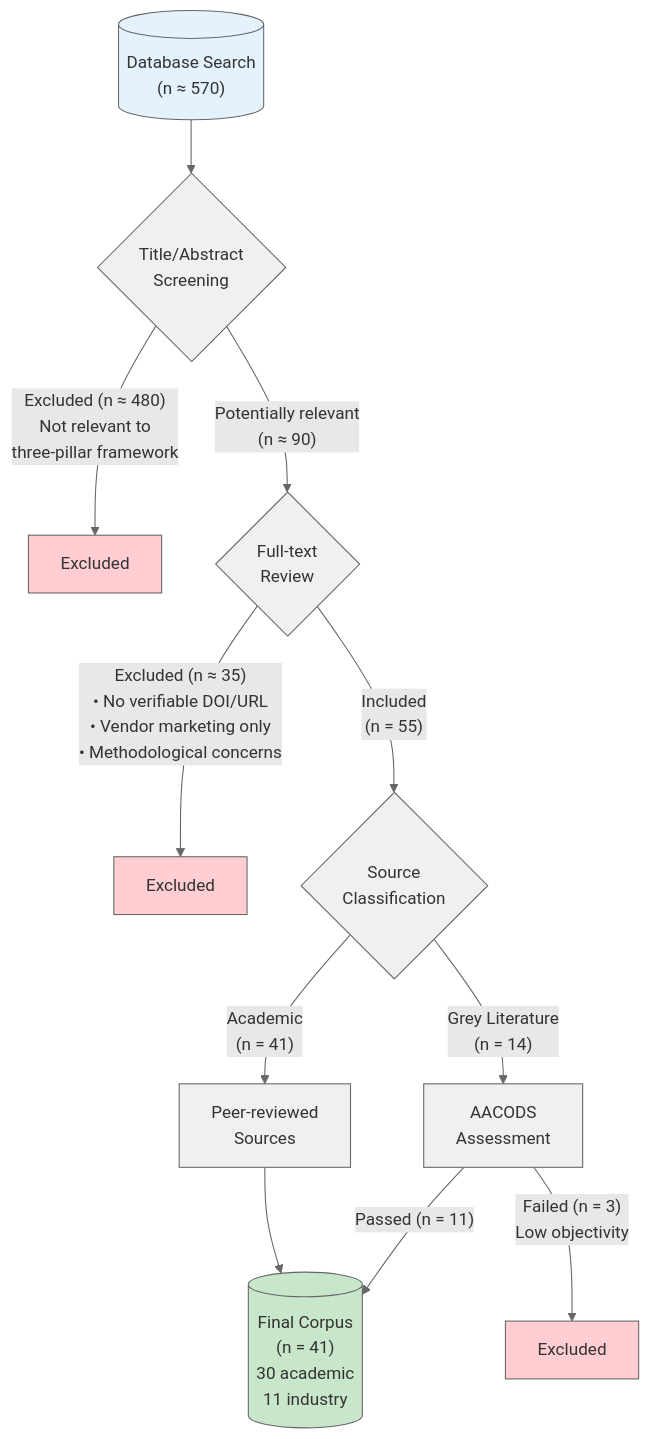
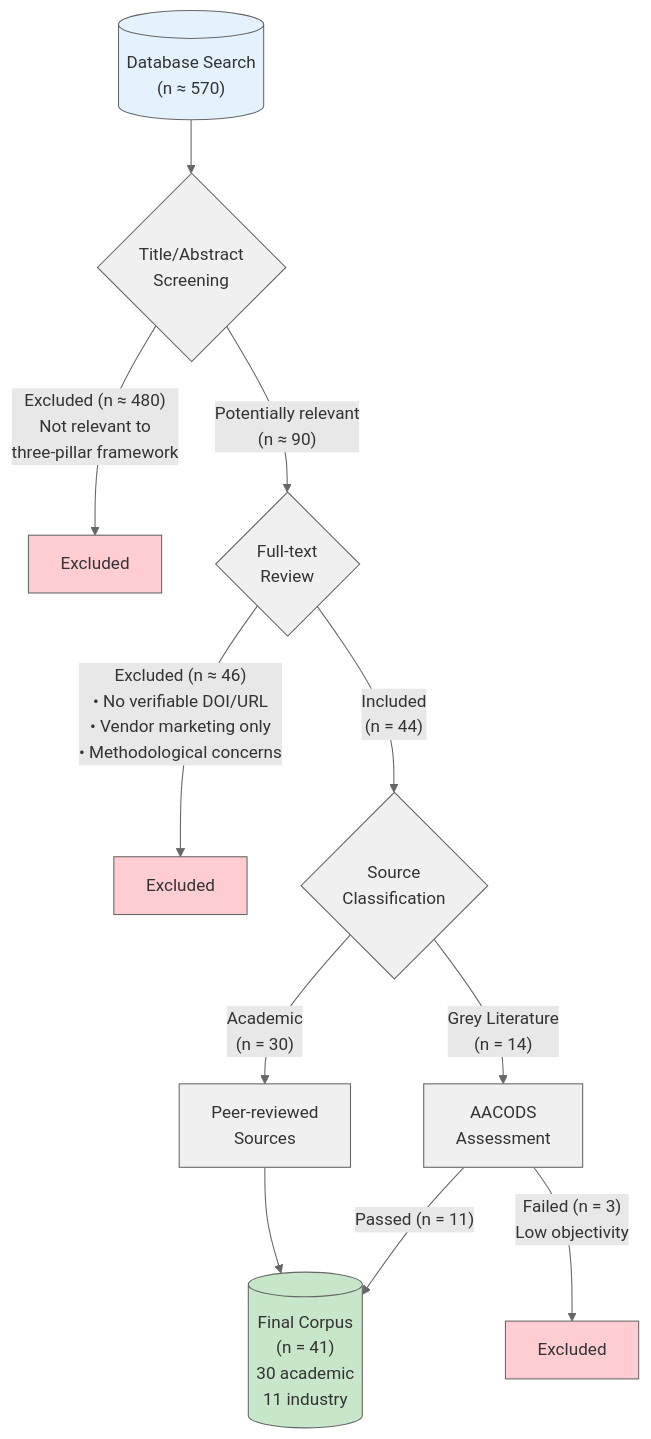
The diagram in figures/literature-flow.mmd (stharrold/yuimedi-paper-20250901), drawn with Mermaid before and after one commit. The commit also changed 2 other files, not shown here.

```diff
--- a/figures/literature-flow.mmd
+++ b/figures/literature-flow.mmd
@@ -1,18 +1,18 @@
 %%{init: {'theme': 'base', 'themeVariables': { 'primaryColor': '#f0f0f0', 'primaryTextColor': '#333', 'primaryBorderColor': '#666', 'lineColor': '#666', 'secondaryColor': '#e8e8e8', 'tertiaryColor': '#fff'}}}%%
 flowchart TD
     A[("Database Search<br/>(n ≈ 570)")] --> B{"Title/Abstract<br/>Screening"}
     B -->|"Excluded (n ≈ 480)<br/>Not relevant to<br/>three-pillar framework"| C[Excluded]
     B -->|"Potentially relevant<br/>(n ≈ 90)"| D{"Full-text<br/>Review"}
-    D -->|"Excluded (n ≈ 35)<br/>• No verifiable DOI/URL<br/>• Vendor marketing only<br/>• Methodological concerns"| E[Excluded]
-    D -->|"Included<br/>(n = 55)"| F{"Source<br/>Classification"}
+    D -->|"Excluded (n ≈ 46)<br/>• No verifiable DOI/URL<br/>• Vendor marketing only<br/>• Methodological concerns"| E[Excluded]
+    D -->|"Included<br/>(n = 44)"| F{"Source<br/>Classification"}
     F -->|"Grey Literature<br/>(n = 14)"| G["AACODS<br/>Assessment"]
-    F -->|"Academic<br/>(n = 41)"| H["Peer-reviewed<br/>Sources"]
+    F -->|"Academic<br/>(n = 30)"| H["Peer-reviewed<br/>Sources"]
     G -->|"Passed (n = 11)"| I[("Final Corpus<br/>(n = 41)<br/>30 academic<br/>11 industry")]
     G -->|"Failed (n = 3)<br/>Low objectivity"| J[Excluded]
     H --> I
 
     style A fill:#e3f2fd
     style I fill:#c8e6c9
     style C fill:#ffcdd2
     style E fill:#ffcdd2
     style J fill:#ffcdd2
```
